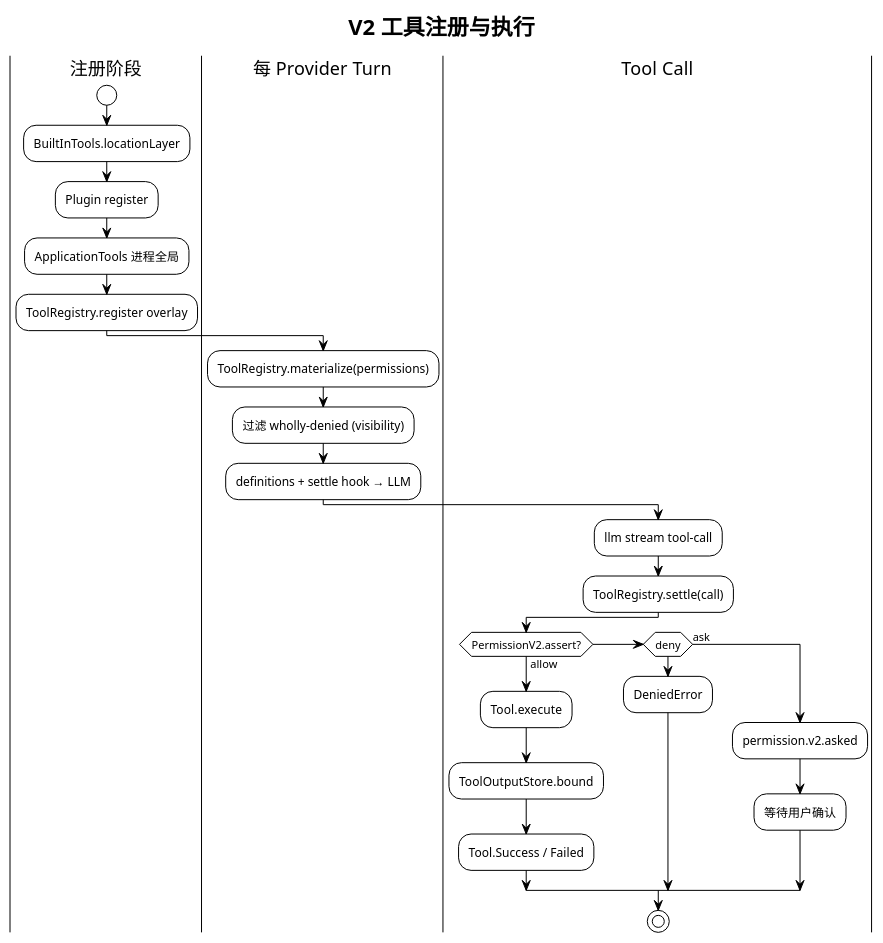
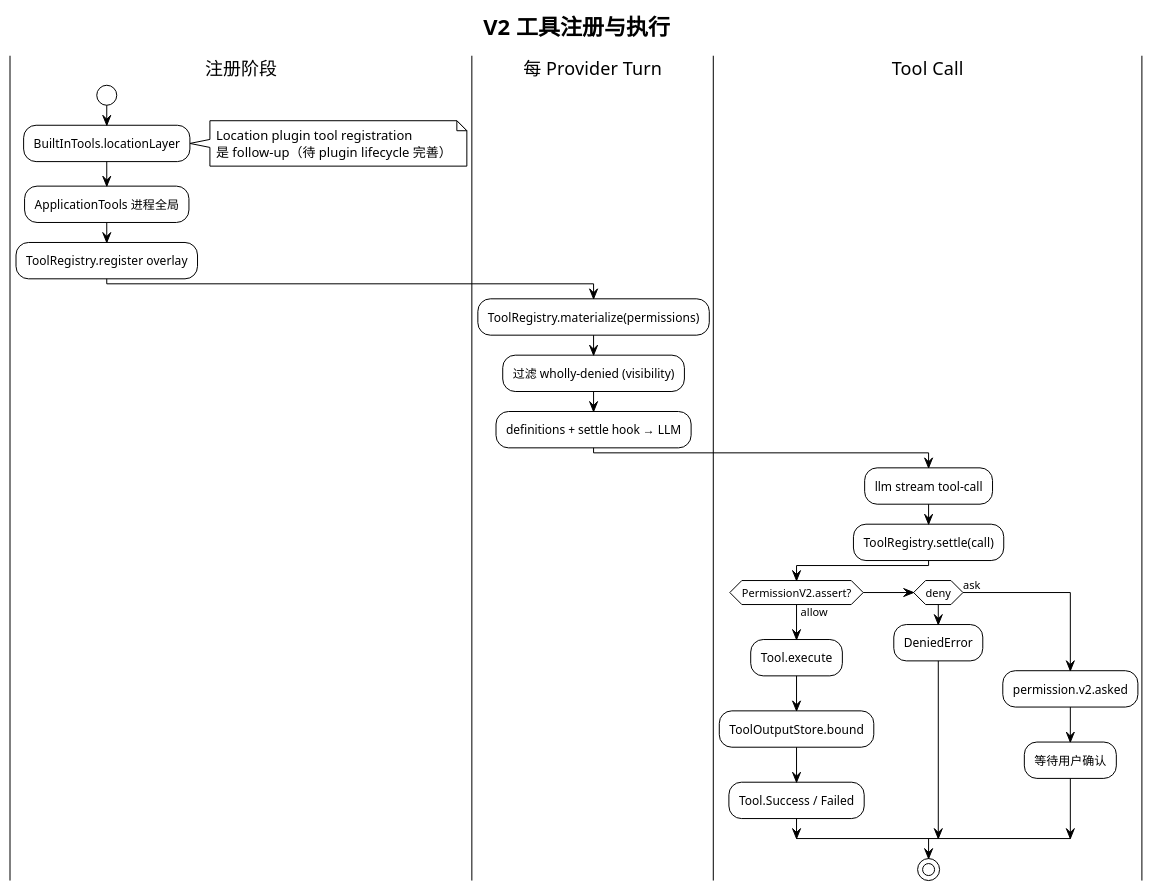
Diagram 14 of 18 in liukaining_watch/OpenCode架构图解.md (liu-kaining/opencode), drawn with PlantUML before and after one commit. The commit also changed other lines of this file and 3 other files, not shown here.

First line of the commit message:
docs(liukaining_watch): align architecture guide with current codebase

````diff
--- a/liukaining_watch/OpenCode架构图解.md
+++ b/liukaining_watch/OpenCode架构图解.md
@@ -973,36 +981,36 @@
 ```plantuml
 @startuml tool-lifecycle
 !theme plain
 title V2 工具注册与执行
 
 |注册阶段|
 start
 :BuiltInTools.locationLayer;
-:Plugin register;
+note right: Location plugin tool registration\n是 follow-up（待 plugin lifecycle 完善）
 :ApplicationTools 进程全局;
 :ToolRegistry.register overlay;
 
 |每 Provider Turn|
 :ToolRegistry.materialize(permissions);
 :过滤 wholly-denied (visibility);
 :definitions + settle hook → LLM;
 
 |Tool Call|
 :llm stream tool-call;
 :ToolRegistry.settle(call);
 
 if (PermissionV2.assert?) then (allow)
   :Tool.execute;
   :ToolOutputStore.bound;
   :Tool.Success / Failed;
 elseif (deny) then
   :DeniedError;
 else (ask)
   :permission.v2.asked;
   :等待用户确认;
 endif
 
 stop
 
 @enduml
 ```
````
